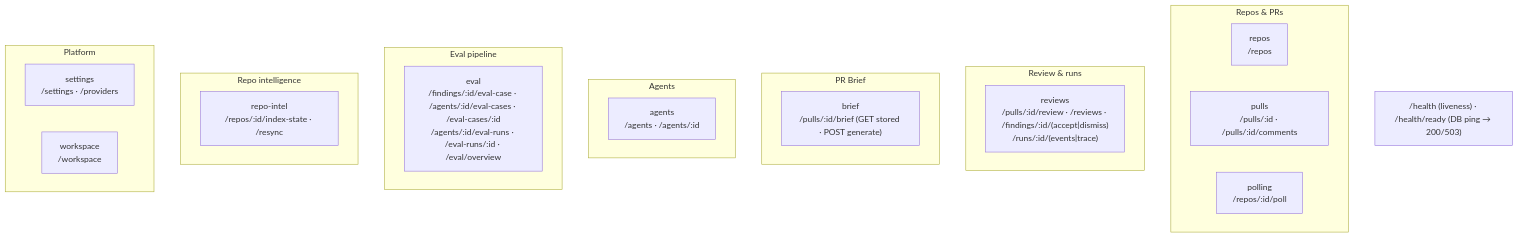
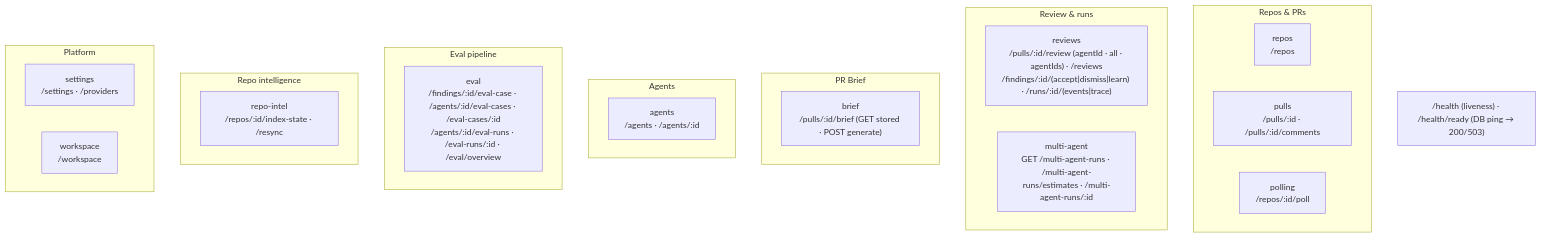
The second of 2 diagrams in server/README.md (DanceWithBikes/dev-digest), drawn with Mermaid before and after one commit. The commit also changed other lines of this file and 170 other files, not shown here.

First line of the commit message:
feat(multi-agent): run several review agents on a PR in parallel and merge their findings (SPEC-05)

````diff
--- a/server/README.md
+++ b/server/README.md
@@ -64,28 +64,29 @@
 ```mermaid
 flowchart TB
   subgraph Repos_PRs["Repos & PRs"]
     repos["repos<br/>/repos"]
     pulls["pulls<br/>/pulls/:id · /pulls/:id/comments"]
     polling["polling<br/>/repos/:id/poll"]
   end
   subgraph Review["Review & runs"]
-    reviews["reviews<br/>/pulls/:id/review · /reviews · /findings/:id/(accept|dismiss)<br/>/runs/:id/(events|trace)"]
+    reviews["reviews<br/>/pulls/:id/review (agentId · all · agentIds) · /reviews<br/>/findings/:id/(accept|dismiss|learn) · /runs/:id/(events|trace)"]
+    multiAgent["multi-agent<br/>GET /multi-agent-runs · /multi-agent-runs/estimates · /multi-agent-runs/:id"]
   end
   subgraph Brief["PR Brief"]
     brief["brief<br/>/pulls/:id/brief (GET stored · POST generate)"]
   end
   subgraph Agents["Agents"]
     agents["agents<br/>/agents · /agents/:id"]
   end
   subgraph Eval["Eval pipeline"]
     evalMod["eval<br/>/findings/:id/eval-case · /agents/:id/eval-cases · /eval-cases/:id<br/>/agents/:id/eval-runs · /eval-runs/:id · /eval/overview"]
   end
   subgraph Intel["Repo intelligence"]
     repoIntel["repo-intel<br/>/repos/:id/index-state · /resync"]
   end
   subgraph Platform["Platform"]
     settings["settings<br/>/settings · /providers"]
     workspace["workspace<br/>/workspace"]
   end
   HEALTH["/health (liveness) · /health/ready (DB ping → 200/503)"]
 ```
````
